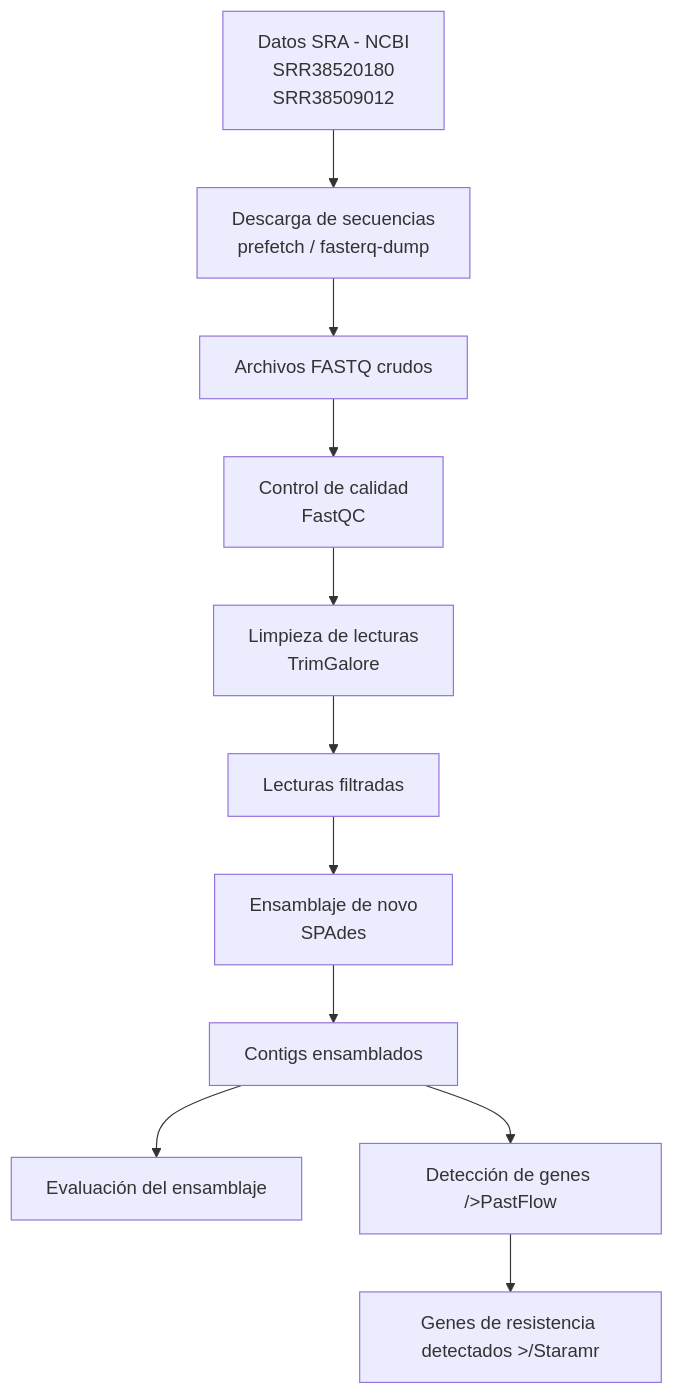
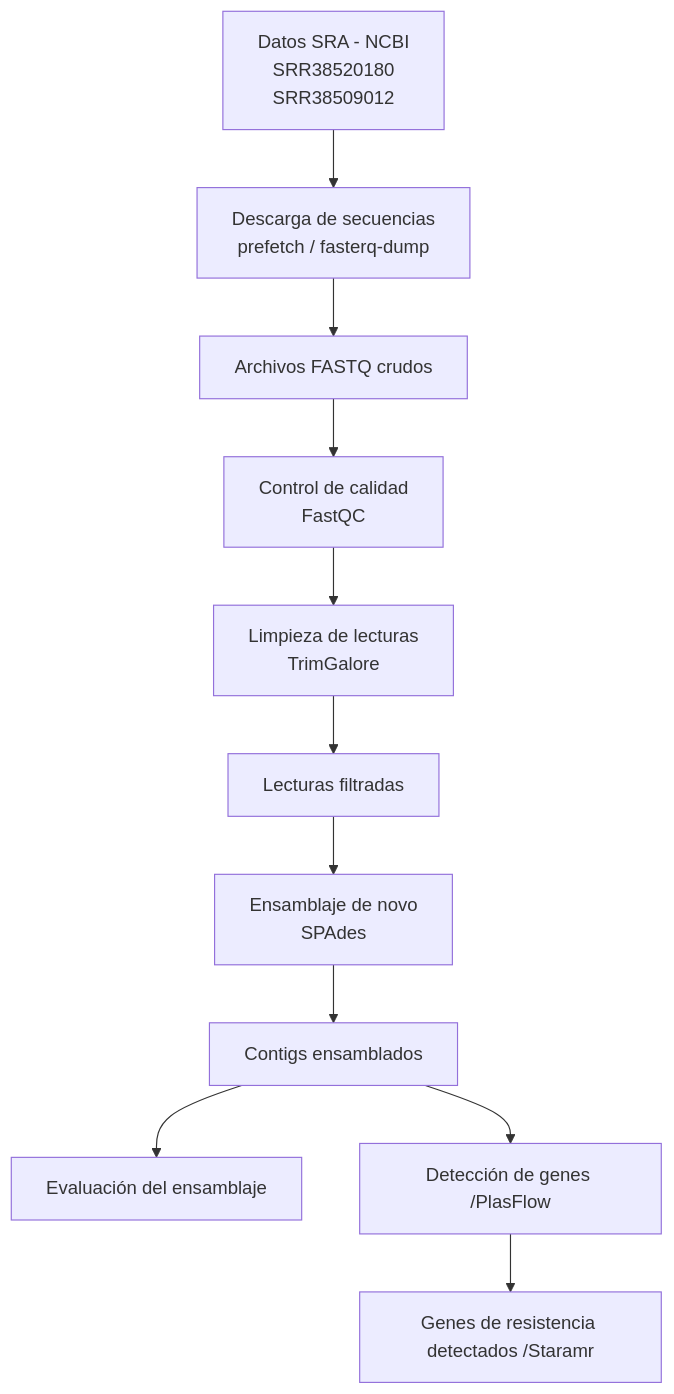
Before and after one commit to Gmorochoc3/MBM1: the diagram in informe.md, drawn with Mermaid. The commit also changed other lines of this file, not shown here.

````diff
--- a/informe.md
+++ b/informe.md
@@ -63,24 +63,24 @@
 ```mermaid
 flowchart TD
 
 A[Datos SRA - NCBI<br/>SRR38520180<br/>SRR38509012] --> B[Descarga de secuencias<br/>prefetch / fasterq-dump]
 
 B --> C[Archivos FASTQ crudos]
 
 C --> D[Control de calidad<br/>FastQC]
 
 D --> E[Limpieza de lecturas<br/>TrimGalore]
 
 E --> F[Lecturas filtradas]
 
 F --> G[Ensamblaje de novo<br/>SPAdes]
 
 G --> H[Contigs ensamblados]
 
 H --> I[Evaluación del ensamblaje]
 
-H --> J[Detección de genes />PastFlow ]
+H --> J[Detección de genes /PlasFlow ]
 
-J --> K[Genes de resistencia detectados >/Staramr]
+J --> K[Genes de resistencia detectados /Staramr]
 
 ```
````
